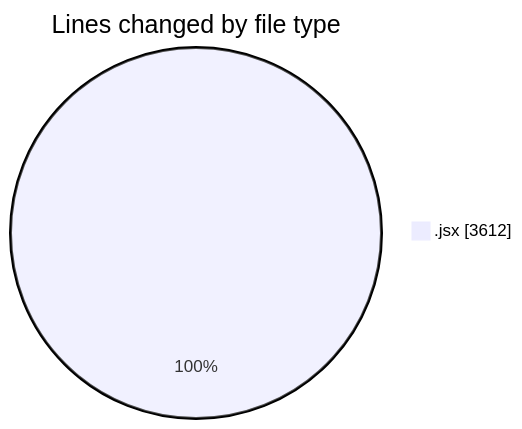
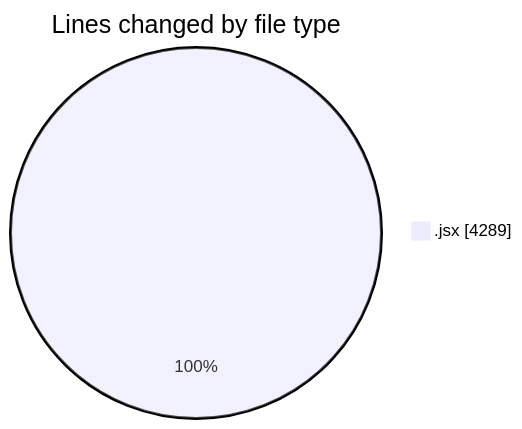
The first of 2 diagrams in 2026-01-13/nxtqube_webapp/README.md (nxtqubesakshisongat/code-tracking), drawn with Mermaid before and after one commit. The commit also changed other lines of this file and 1 other file, not shown here.

````diff
--- a/2026-01-13/nxtqube_webapp/README.md
+++ b/2026-01-13/nxtqube_webapp/README.md
@@ -23,5 +23,5 @@
 ```mermaid
 pie showData
 title Lines changed by file type
-".jsx" : 3612
+".jsx" : 4289
 ```
````
